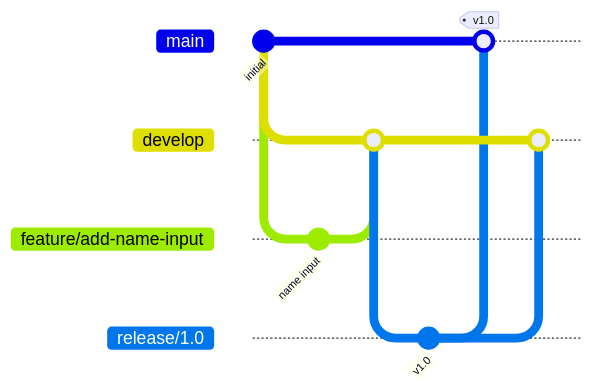
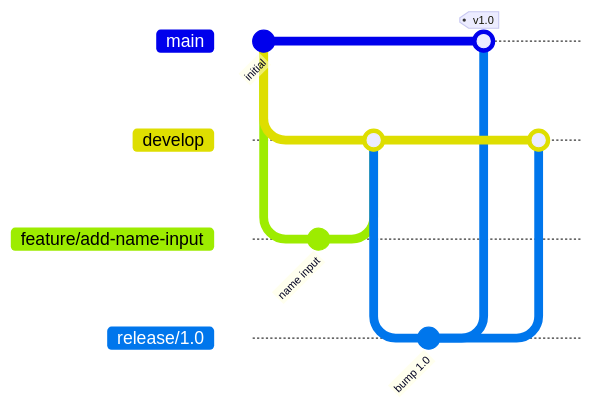
The fourth of 5 diagrams in README.md (vedanta/gitflow-sample), drawn with Mermaid before and after one commit. The commit also changed other lines of this file, not shown here.

Commit message:
Update README with release info and improved diagrams

````diff
--- a/README.md
+++ b/README.md
@@ -71,16 +72,17 @@
 ```mermaid
 gitGraph
     commit id: "initial"
     branch develop
     checkout develop
     branch feature/add-name-input
     commit id: "name input"
     checkout develop
     merge feature/add-name-input
     branch release/1.0
-    commit id: "v1.0"
+    checkout release/1.0
+    commit id: "bump 1.0"
     checkout main
     merge release/1.0 tag: "v1.0"
     checkout develop
     merge release/1.0
 ```
````
